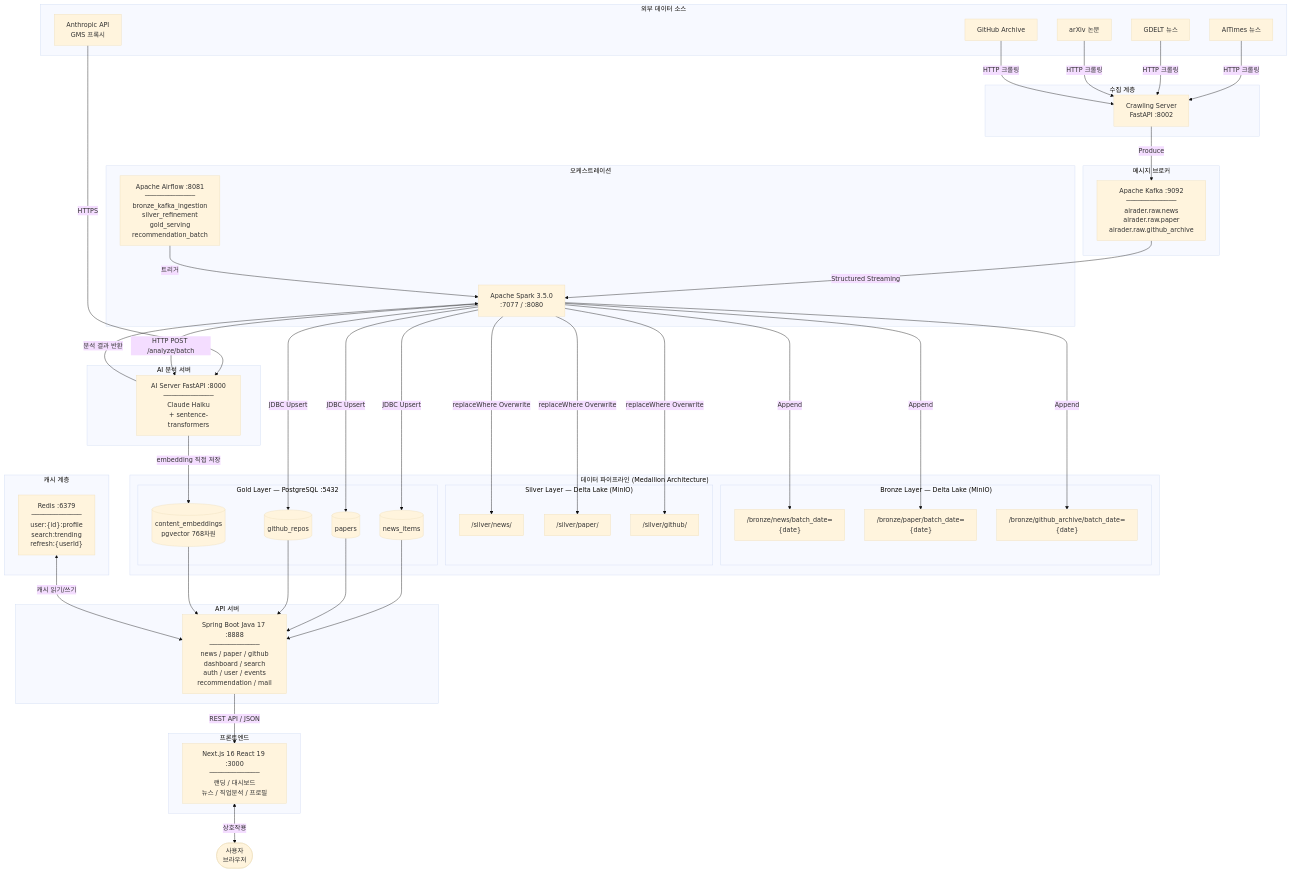
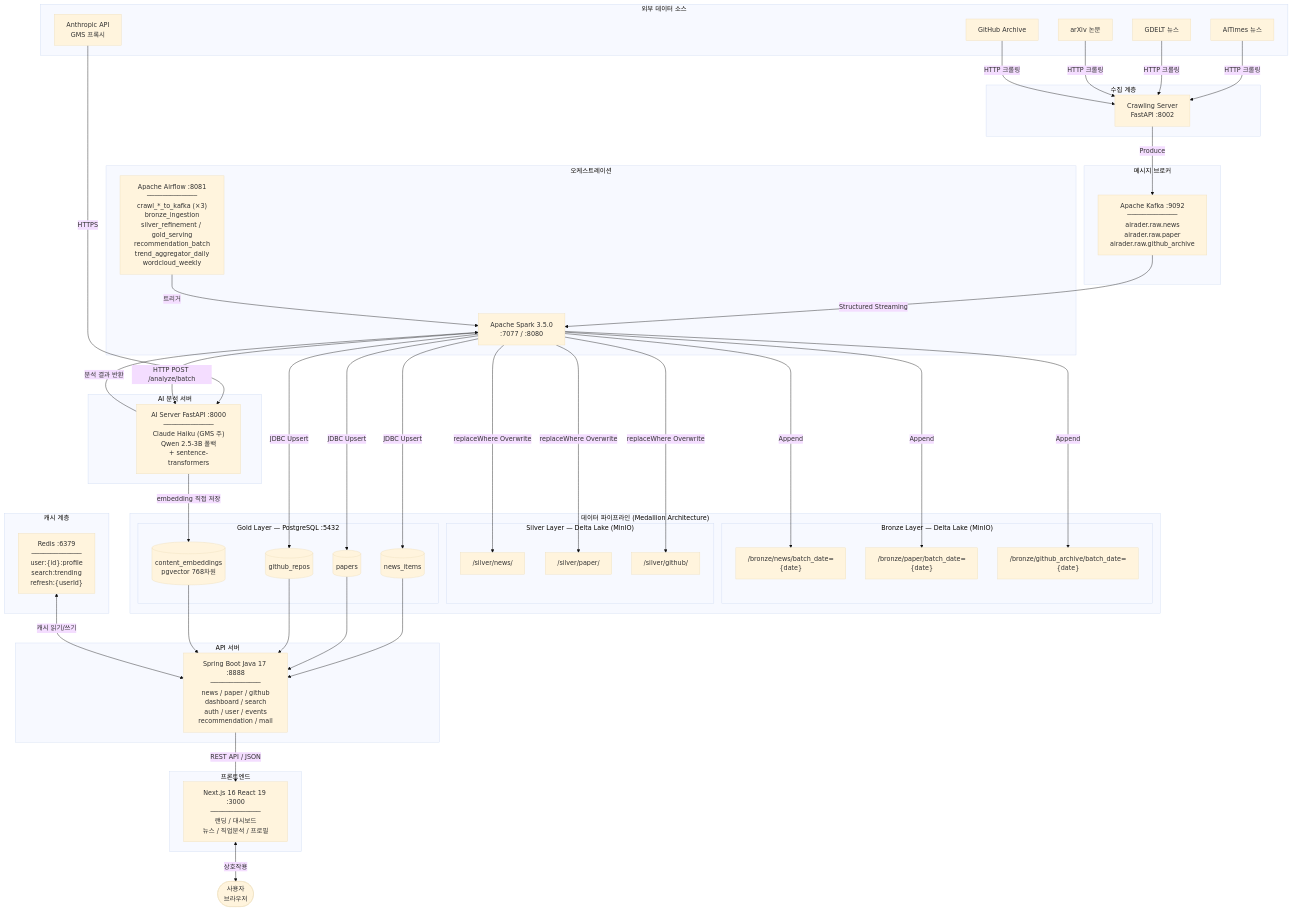
The diagram in docs/diagrams/01_system_architecture.md (ljy0221/AiRadar), drawn with Mermaid (base theme) before and after one commit. The commit also changed 3 other files, not shown here.

````diff
--- a/docs/diagrams/01_system_architecture.md
+++ b/docs/diagrams/01_system_architecture.md
@@ -3,76 +3,76 @@
 ```mermaid
 graph TB
     subgraph EXT["외부 데이터 소스"]
         SRC1[AITimes 뉴스]
         SRC2[GDELT 뉴스]
         SRC3[arXiv 논문]
         SRC4[GitHub Archive]
         SRC5["Anthropic API<br/>GMS 프록시"]
     end
 
     subgraph COLLECT["수집 계층"]
         CRAWL["Crawling Server<br/>FastAPI :8002"]
     end
 
     subgraph BROKER["메시지 브로커"]
         KAFKA["Apache Kafka :9092<br/>─────────────<br/>airader.raw.news<br/>airader.raw.paper<br/>airader.raw.github_archive"]
     end
 
     subgraph PIPELINE["데이터 파이프라인 (Medallion Architecture)"]
         subgraph BRONZE["Bronze Layer — Delta Lake (MinIO)"]
             B1["/bronze/news/batch_date={date}"]
             B2["/bronze/paper/batch_date={date}"]
             B3["/bronze/github_archive/batch_date={date}"]
         end
         subgraph SILVER["Silver Layer — Delta Lake (MinIO)"]
             S1["/silver/news/"]
             S2["/silver/paper/"]
             S3["/silver/github/"]
         end
         subgraph GOLD["Gold Layer — PostgreSQL :5432"]
             G1[(news_items)]
             G2[(papers)]
             G3[(github_repos)]
             G4[("content_embeddings<br/>pgvector 768차원")]
         end
     end
 
     subgraph AI["AI 분석 서버"]
-        AISVR["AI Server FastAPI :8000<br/>─────────────<br/>Claude Haiku<br/>+ sentence-transformers"]
+        AISVR["AI Server FastAPI :8000<br/>─────────────<br/>Claude Haiku (GMS 주)<br/>Qwen 2.5-3B 폴백<br/>+ sentence-transformers"]
     end
 
     subgraph ORCH["오케스트레이션"]
-        AF["Apache Airflow :8081<br/>─────────────<br/>bronze_kafka_ingestion<br/>silver_refinement<br/>gold_serving<br/>recommendation_batch"]
+        AF["Apache Airflow :8081<br/>─────────────<br/>crawl_*_to_kafka (×3)<br/>bronze_ingestion<br/>silver_refinement / gold_serving<br/>recommendation_batch<br/>trend_aggregator_daily<br/>wordcloud_weekly"]
         SP["Apache Spark 3.5.0<br/>:7077 / :8080"]
     end
 
     subgraph CACHE["캐시 계층"]
         REDIS["Redis :6379<br/>─────────────<br/>user:{id}:profile<br/>search:trending<br/>refresh:{userId}"]
     end
 
     subgraph API["API 서버"]
         BOOT["Spring Boot Java 17 :8888<br/>─────────────<br/>news / paper / github<br/>dashboard / search<br/>auth / user / events<br/>recommendation / mail"]
     end
 
     subgraph FE["프론트엔드"]
         NEXT["Next.js 16 React 19 :3000<br/>─────────────<br/>랜딩 / 대시보드<br/>뉴스 / 직업분석 / 프로필"]
     end
 
     USER(["사용자<br/>브라우저"])
 
     SRC1 & SRC2 & SRC3 & SRC4 -->|HTTP 크롤링| CRAWL
     SRC5 -->|HTTPS| AISVR
     CRAWL -->|Produce| KAFKA
     KAFKA -->|Structured Streaming| SP
     AF -->|트리거| SP
     SP -->|Append| B1 & B2 & B3
     SP -->|"HTTP POST /analyze/batch"| AISVR
     AISVR -->|분석 결과 반환| SP
     AISVR -->|embedding 직접 저장| G4
     SP -->|replaceWhere Overwrite| S1 & S2 & S3
     SP -->|JDBC Upsert| G1 & G2 & G3
     G1 & G2 & G3 & G4 --> BOOT
     REDIS <-->|캐시 읽기/쓰기| BOOT
     BOOT -->|"REST API / JSON"| NEXT
     NEXT <-->|상호작용| USER
 ```
````
